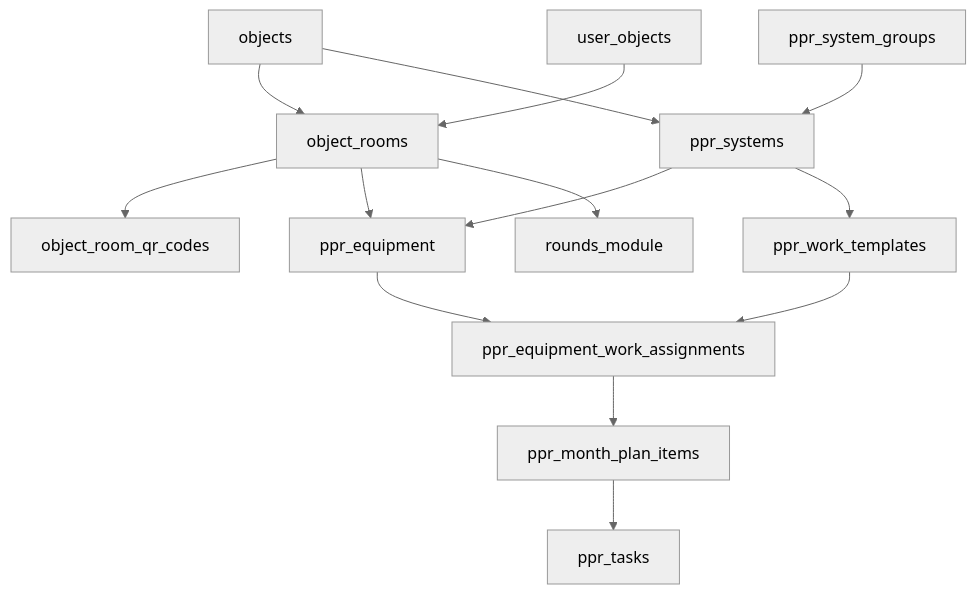
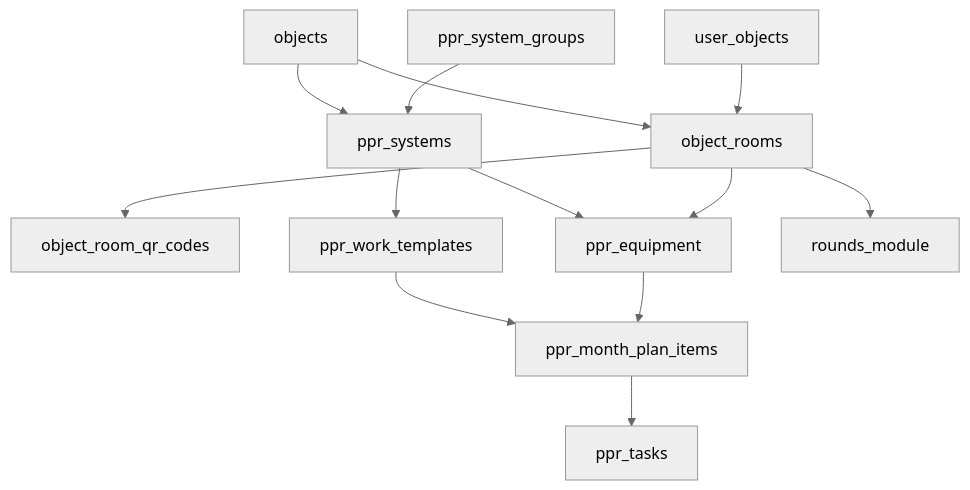
The diagram in docs/PPR_ARCHITECTURE.md (Niyaz199/unaittasks), drawn with Mermaid (neutral theme) before and after one commit. The commit also changed other lines of this file and 55 other files, not shown here.

````diff
--- a/docs/PPR_ARCHITECTURE.md
+++ b/docs/PPR_ARCHITECTURE.md
@@ -57,29 +57,27 @@
 ```mermaid
 flowchart TD
   objects[objects]
   userObjects[user_objects]
   objectRooms[object_rooms]
   roomQr[object_room_qr_codes]
   systemGroups[ppr_system_groups]
   systems[ppr_systems]
   equipment[ppr_equipment]
   templates[ppr_work_templates]
-  assignments[ppr_equipment_work_assignments]
   monthPlans[ppr_month_plan_items]
   pprTasks[ppr_tasks]
   rounds[rounds_module]
 
   objects --> objectRooms
   userObjects --> objectRooms
   objectRooms --> roomQr
   objects --> systems
   systemGroups --> systems
   systems --> equipment
   objectRooms --> equipment
   systems --> templates
-  equipment --> assignments
-  templates --> assignments
-  assignments --> monthPlans
+  templates --> monthPlans
+  equipment --> monthPlans
   monthPlans --> pprTasks
   objectRooms --> rounds
 ```
````
